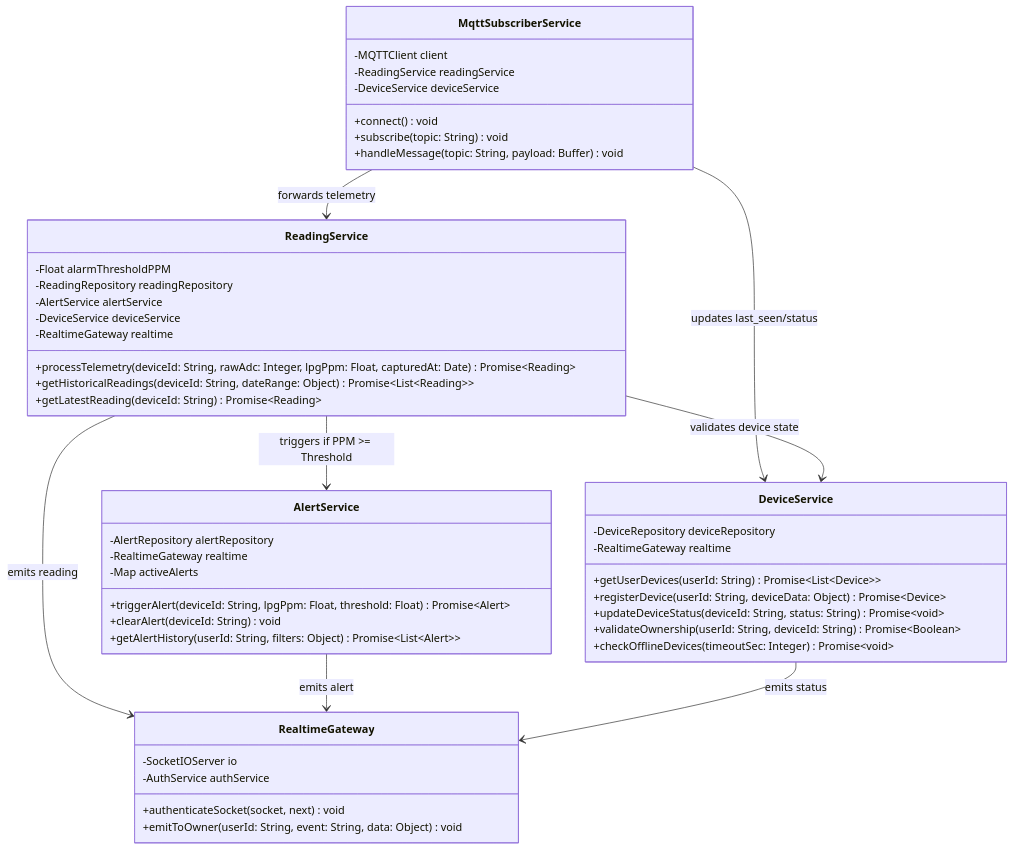
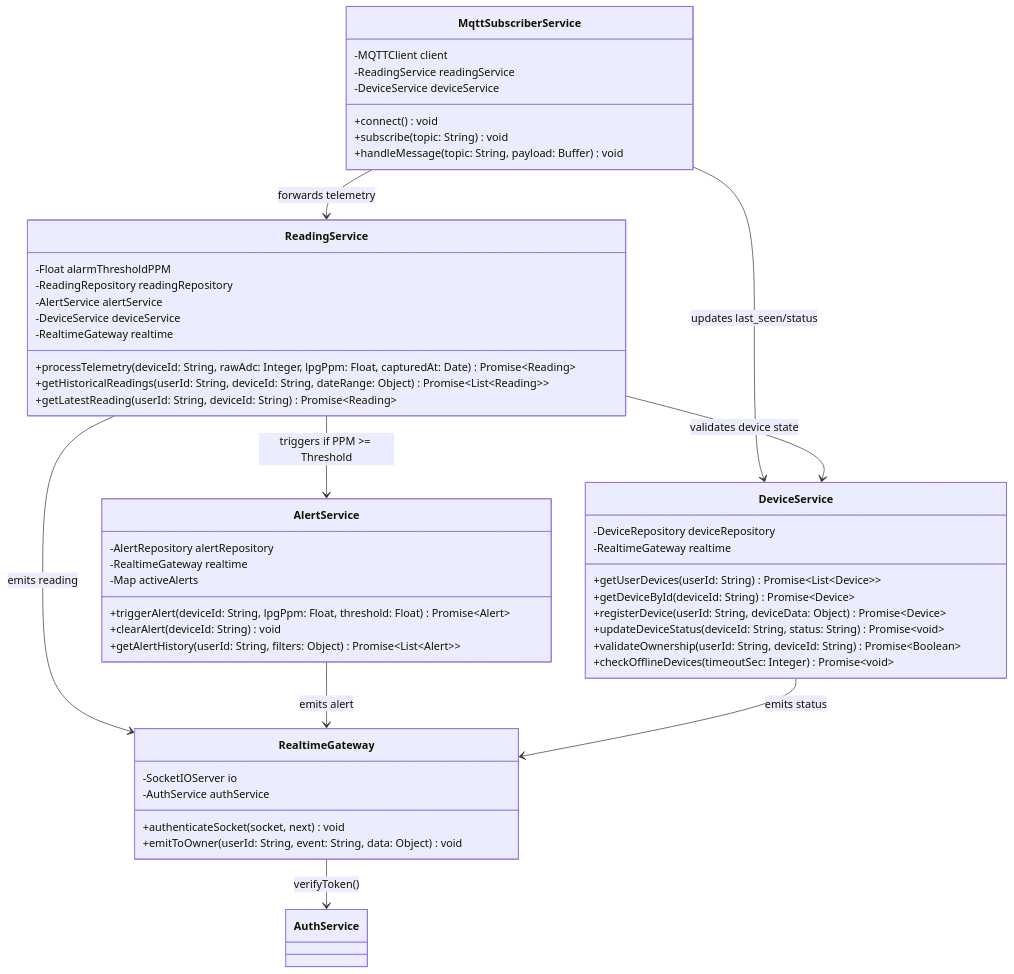
The third of 5 diagrams in docs/stage-3-Mermaid-UML-Class-Diagram.md (abdularhman2341/air-quality-monitoring-system), drawn with Mermaid before and after one commit. The commit also changed other lines of this file, not shown here.

Commit message:
Add ownership checks and device lookup to class diagram

````diff
--- a/docs/stage-3-Mermaid-UML-Class-Diagram.md
+++ b/docs/stage-3-Mermaid-UML-Class-Diagram.md
@@ -131,58 +136,62 @@
 ```mermaid
 classDiagram
     direction TB
 
     class MqttSubscriberService {
         -MQTTClient client
         -ReadingService readingService
         -DeviceService deviceService
         +connect() void
         +subscribe(topic: String) void
         +handleMessage(topic: String, payload: Buffer) void
     }
 
     class DeviceService {
         -DeviceRepository deviceRepository
         -RealtimeGateway realtime
         +getUserDevices(userId: String) Promise~List~Device~~
+        +getDeviceById(deviceId: String) Promise~Device~
         +registerDevice(userId: String, deviceData: Object) Promise~Device~
         +updateDeviceStatus(deviceId: String, status: String) Promise~void~
         +validateOwnership(userId: String, deviceId: String) Promise~Boolean~
         +checkOfflineDevices(timeoutSec: Integer) Promise~void~
     }
 
     class ReadingService {
         -Float alarmThresholdPPM
         -ReadingRepository readingRepository
         -AlertService alertService
         -DeviceService deviceService
         -RealtimeGateway realtime
         +processTelemetry(deviceId: String, rawAdc: Integer, lpgPpm: Float, capturedAt: Date) Promise~Reading~
-        +getHistoricalReadings(deviceId: String, dateRange: Object) Promise~List~Reading~~
-        +getLatestReading(deviceId: String) Promise~Reading~
+        +getHistoricalReadings(userId: String, deviceId: String, dateRange: Object) Promise~List~Reading~~
+        +getLatestReading(userId: String, deviceId: String) Promise~Reading~
     }
 
     class AlertService {
         -AlertRepository alertRepository
         -RealtimeGateway realtime
         -Map activeAlerts
         +triggerAlert(deviceId: String, lpgPpm: Float, threshold: Float) Promise~Alert~
         +clearAlert(deviceId: String) void
         +getAlertHistory(userId: String, filters: Object) Promise~List~Alert~~
     }
+
+    class AuthService
 
     class RealtimeGateway {
         -SocketIOServer io
         -AuthService authService
         +authenticateSocket(socket, next) void
         +emitToOwner(userId: String, event: String, data: Object) void
     }
 
     MqttSubscriberService --> ReadingService : forwards telemetry
     MqttSubscriberService --> DeviceService : updates last_seen/status
     ReadingService --> AlertService : triggers if PPM >= Threshold
     ReadingService --> DeviceService : validates device state
     ReadingService --> RealtimeGateway : emits reading
     AlertService --> RealtimeGateway : emits alert
     DeviceService --> RealtimeGateway : emits status
+    RealtimeGateway --> AuthService : verifyToken()
 ```
````
